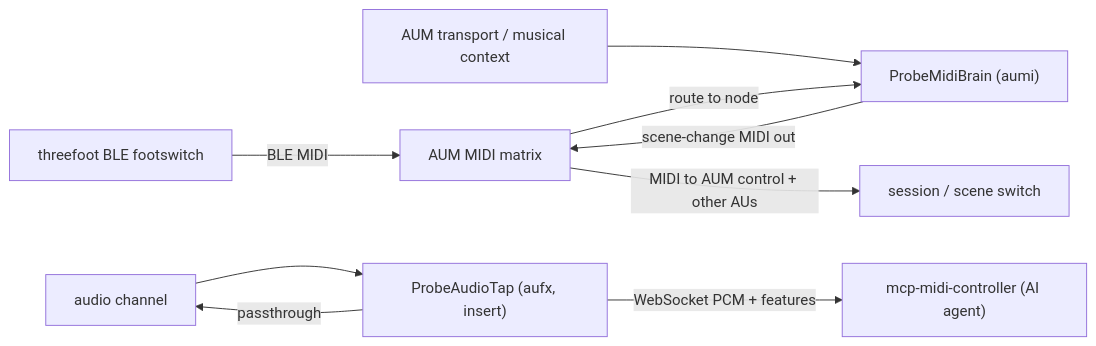
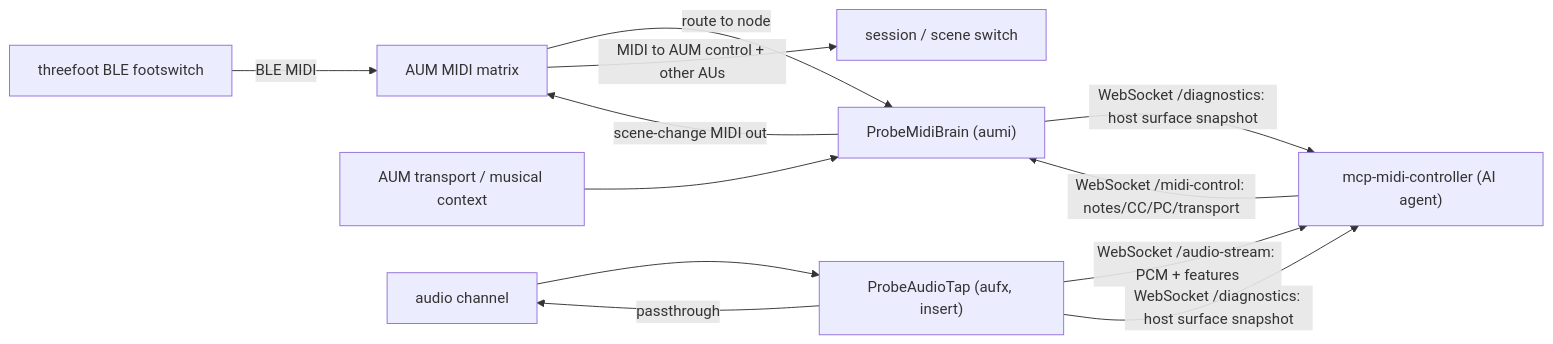
One commit to teemow/auv3-probe changed the diagram in docs/auv3-extension.md. Above: the diagram before and after it, drawn with Mermaid. The commit also changed other lines of this file and 52 other files, not shown here.

First line of the commit message:
AUM control surface: Bonjour discovery, LAN MIDI channel, host introspection (#11)

````diff
--- a/docs/auv3-extension.md
+++ b/docs/auv3-extension.md
@@ -42,11 +59,14 @@
 ```mermaid
 flowchart LR
   foot["threefoot BLE footswitch"] -->|"BLE MIDI"| aum["AUM MIDI matrix"]
   transport["AUM transport / musical context"] --> brain
+  mcp["mcp-midi-controller (AI agent)"] -->|"WebSocket /midi-control: notes/CC/PC/transport"| brain
   aum -->|"route to node"| brain["ProbeMidiBrain (aumi)"]
   brain -->|"scene-change MIDI out"| aum
   aum -->|"MIDI to AUM control + other AUs"| scene["session / scene switch"]
   audioIn["audio channel"] --> tap["ProbeAudioTap (aufx, insert)"]
   tap -->|"passthrough"| audioIn
-  tap -->|"WebSocket PCM + features"| mcp["mcp-midi-controller (AI agent)"]
+  tap -->|"WebSocket /audio-stream: PCM + features"| mcp
+  brain -->|"WebSocket /diagnostics: host surface snapshot"| mcp
+  tap -->|"WebSocket /diagnostics: host surface snapshot"| mcp
 ```
````
